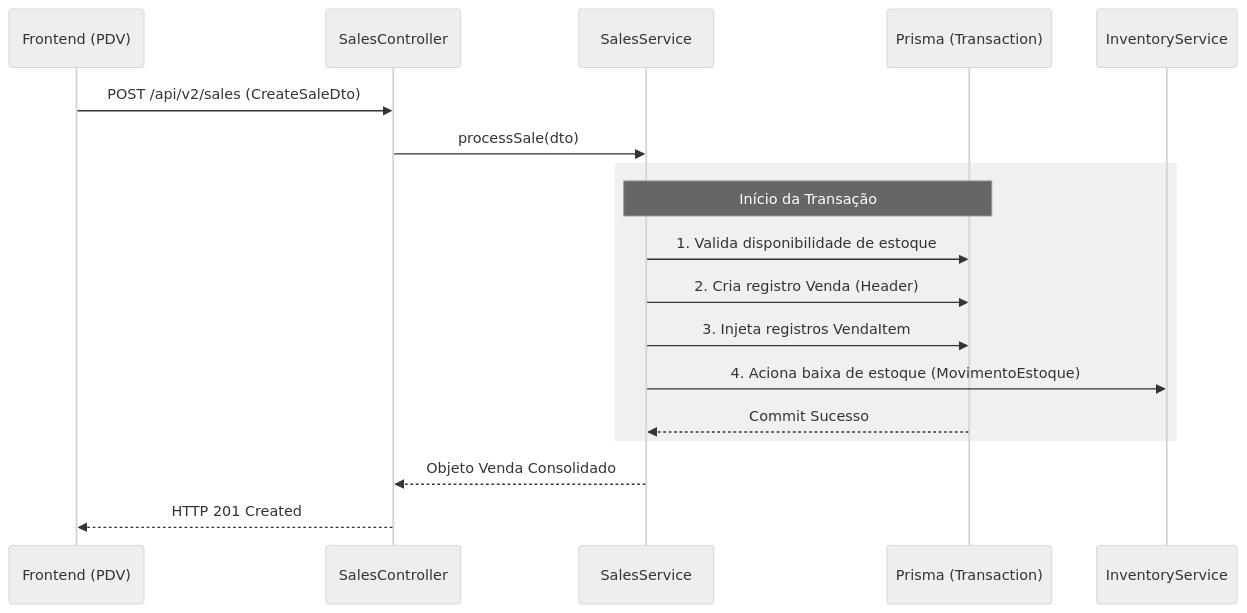
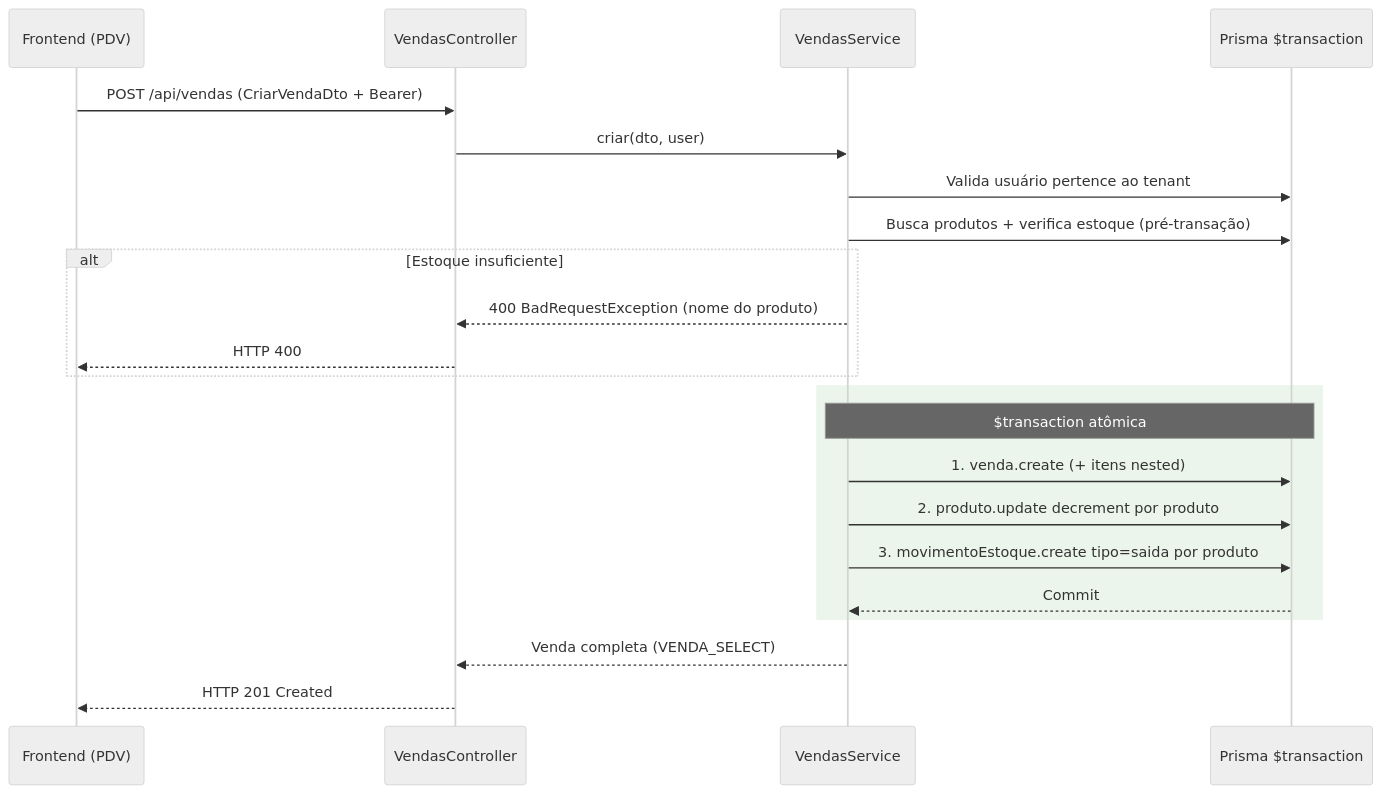
Before and after one commit to marcio012/hive: the second of 2 diagrams in beehive/construcao/blueprints/BLUEPRINT_LEGACY_DEATH_SALES.md, drawn with Mermaid (neutral theme). The commit also changed other lines of this file, not shown here.

First line of the commit message:
docs: expandir blueprint legacy death sales — spec completa v2

````diff
--- a/beehive/construcao/blueprints/BLUEPRINT_LEGACY_DEATH_SALES.md
+++ b/beehive/construcao/blueprints/BLUEPRINT_LEGACY_DEATH_SALES.md
@@ -66,23 +234,29 @@
 ```mermaid
 sequenceDiagram
     participant FE as Frontend (PDV)
-    participant SC as SalesController
-    participant SS as SalesService
-    participant DB as Prisma (Transaction)
-    participant ES as InventoryService
+    participant SC as VendasController
+    participant SS as VendasService
+    participant DB as Prisma $transaction
 
-    FE->>SC: POST /api/v2/sales (CreateSaleDto)
-    SC->>SS: processSale(dto)
+    FE->>SC: POST /api/vendas (CriarVendaDto + Bearer)
+    SC->>SS: criar(dto, user)
     
-    rect rgb(240, 240, 240)
-        Note over SS, DB: Início da Transação
-        SS->>DB: 1. Valida disponibilidade de estoque
-        SS->>DB: 2. Cria registro Venda (Header)
-        SS->>DB: 3. Injeta registros VendaItem
-        SS->>ES: 4. Aciona baixa de estoque (MovimentoEstoque)
-        DB-->>SS: Commit Sucesso
+    SS->>DB: Valida usuário pertence ao tenant
+    SS->>DB: Busca produtos + verifica estoque (pré-transação)
+    
+    alt Estoque insuficiente
+        SS-->>SC: 400 BadRequestException (nome do produto)
+        SC-->>FE: HTTP 400
     end
 
-    SS-->>SC: Objeto Venda Consolidado
+    rect rgb(235, 245, 235)
+        Note over SS, DB: $transaction atômica
+        SS->>DB: 1. venda.create (+ itens nested)
+        SS->>DB: 2. produto.update decrement por produto
+        SS->>DB: 3. movimentoEstoque.create tipo=saida por produto
+        DB-->>SS: Commit
+    end
+
+    SS-->>SC: Venda completa (VENDA_SELECT)
     SC-->>FE: HTTP 201 Created
 ```
````
